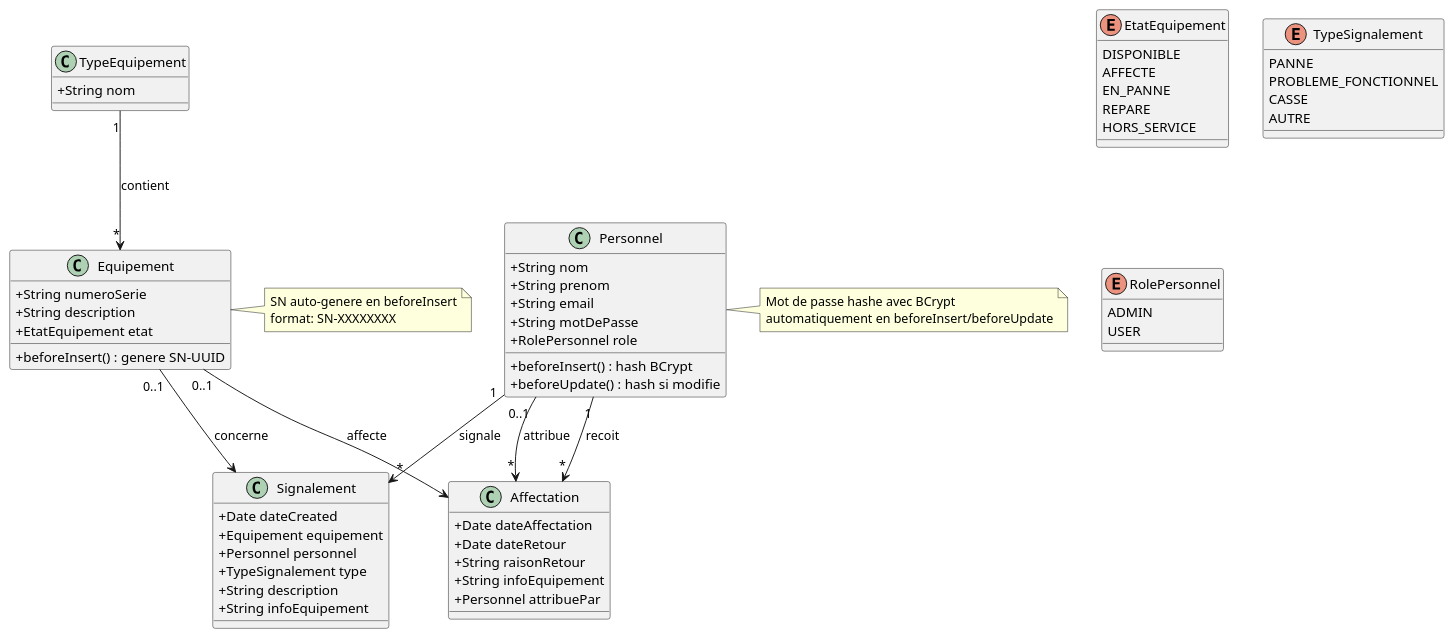
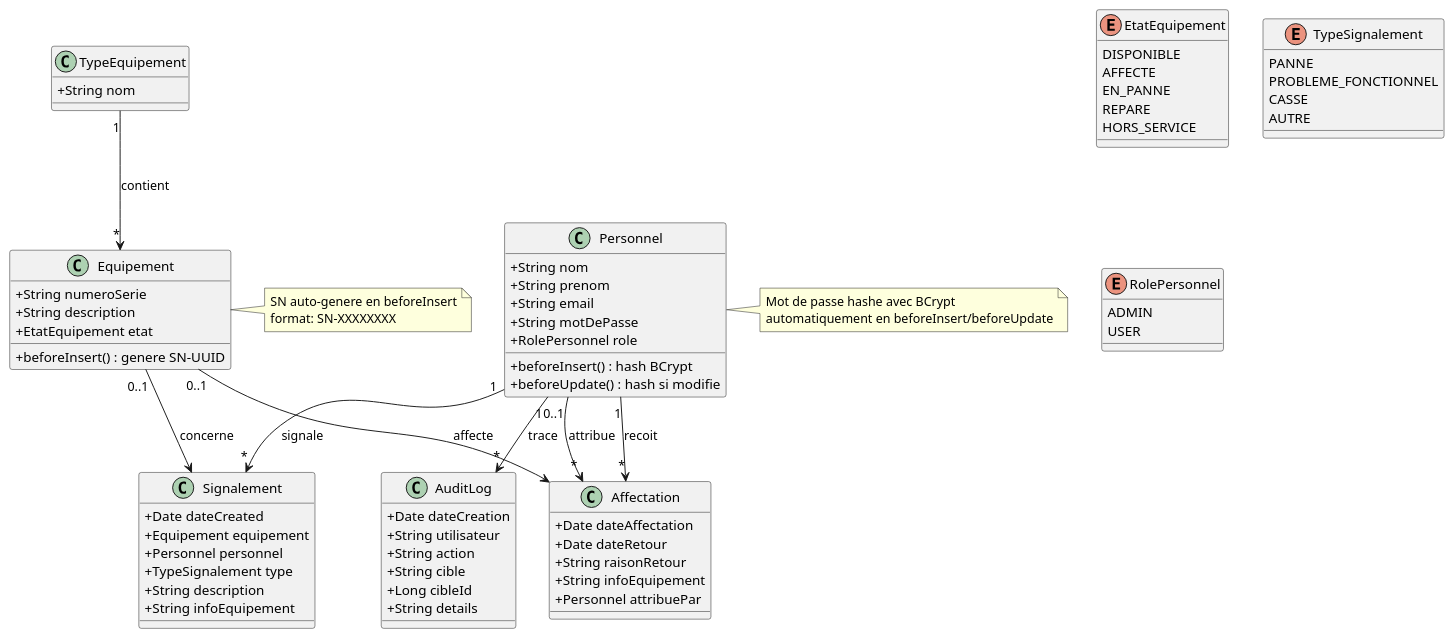
One commit to AABSmog/projet-equipements changed the diagram in plantuml/class-diagram.wsd. Above: the diagram before and after it, drawn with PlantUML. The commit also changed 55 other files, not shown here.

```diff
--- a/plantuml/class-diagram.wsd
+++ b/plantuml/class-diagram.wsd
@@ -1,79 +1,89 @@
 @startuml
 skinparam classAttributeIconSize 0
 
 enum EtatEquipement {
   DISPONIBLE
   AFFECTE
   EN_PANNE
   REPARE
   HORS_SERVICE
 }
 
 enum TypeSignalement {
   PANNE
   PROBLEME_FONCTIONNEL
   CASSE
   AUTRE
 }
 
 enum RolePersonnel {
   ADMIN
   USER
 }
 
 class TypeEquipement {
   + String nom
 }
 
 class Equipement {
   + String numeroSerie
   + String description
   + EtatEquipement etat
   + beforeInsert() : genere SN-UUID
 }
 
 class Affectation {
   + Date dateAffectation
   + Date dateRetour
   + String raisonRetour
   + String infoEquipement
   + Personnel attribuePar
 }
 
 class Signalement {
   + Date dateCreated
   + Equipement equipement
   + Personnel personnel
   + TypeSignalement type
   + String description
   + String infoEquipement
 }
 
 class Personnel {
   + String nom
   + String prenom
   + String email
   + String motDePasse
   + RolePersonnel role
   + beforeInsert() : hash BCrypt
   + beforeUpdate() : hash si modifie
 }
 
+class AuditLog {
+  + Date dateCreation
+  + String utilisateur
+  + String action
+  + String cible
+  + Long cibleId
+  + String details
+}
+
 TypeEquipement "1" --> "*" Equipement : contient
 Equipement "0..1" --> Affectation : affecte
 Personnel "1" --> "*" Affectation : recoit
 Personnel "0..1" --> "*" Affectation : attribue
 Personnel "1" --> "*" Signalement : signale
 Equipement "0..1" --> Signalement : concerne
+Personnel "1" --> "*" AuditLog : trace
 
 note right of Equipement
   SN auto-genere en beforeInsert
   format: SN-XXXXXXXX
 end note
 
 note right of Personnel
   Mot de passe hashe avec BCrypt
   automatiquement en beforeInsert/beforeUpdate
 end note
 
 @enduml
```
